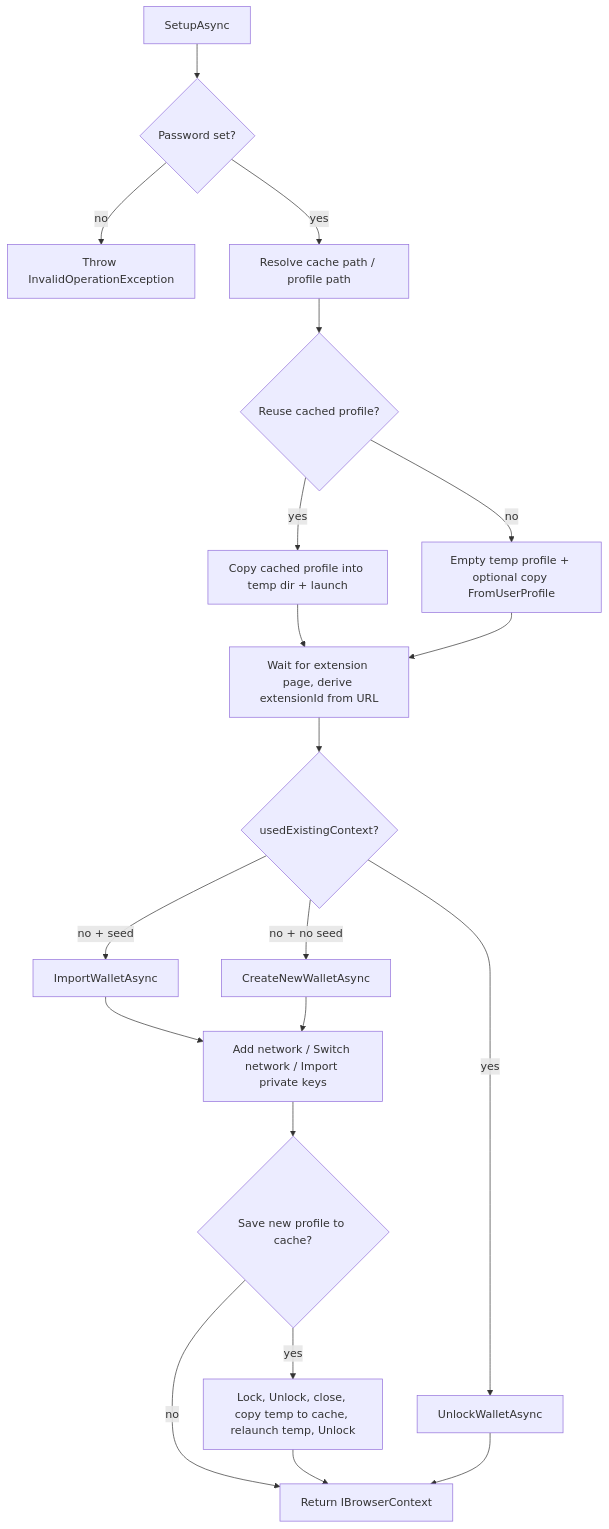
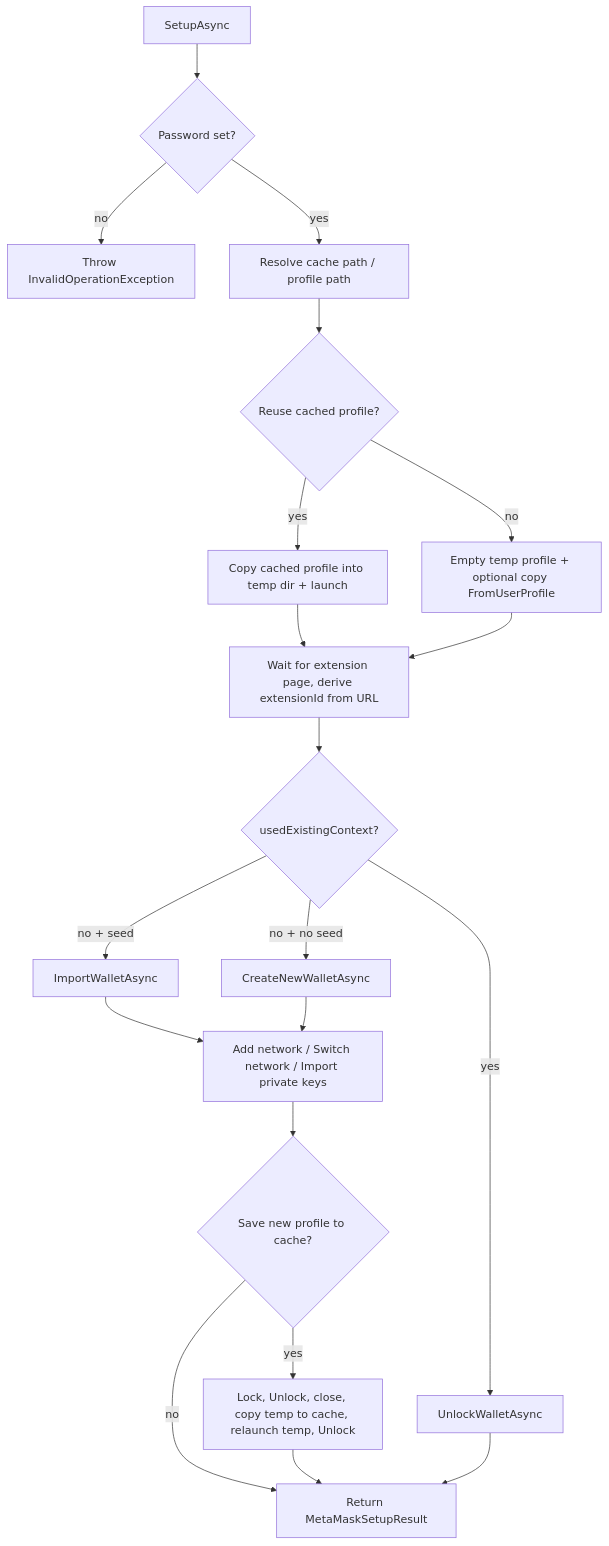
Before and after one commit to DApp-Automation-Tools/metamask-setup-playwright-net: the diagram in README.md, drawn with Mermaid. The commit also changed other lines of this file and 33 other files, not shown here.

First line of the commit message:
Feature/fix flow add tests (#6)

````diff
--- a/README.md
+++ b/README.md
@@ -61,22 +73,22 @@
 ```mermaid
 flowchart TD
   A[SetupAsync] --> B{Password set?}
   B -->|no| X[Throw InvalidOperationException]
   B -->|yes| C[Resolve cache path / profile path]
   C --> D{Reuse cached profile?}
   D -->|yes| E[Copy cached profile into temp dir + launch]
   D -->|no| F[Empty temp profile + optional copy FromUserProfile]
   E --> G[Wait for extension page, derive extensionId from URL]
   F --> G
   G --> H{usedExistingContext?}
   H -->|yes| I[UnlockWalletAsync]
   H -->|no + seed| J[ImportWalletAsync]
   H -->|no + no seed| K[CreateNewWalletAsync]
   J --> L[Add network / Switch network / Import private keys]
   K --> L
   L --> M{Save new profile to cache?}
   M -->|yes| N[Lock, Unlock, close, copy temp to cache, relaunch temp, Unlock]
-  M -->|no| O[Return IBrowserContext]
+  M -->|no| O[Return MetaMaskSetupResult]
   N --> O
   I --> O
 ```
````
